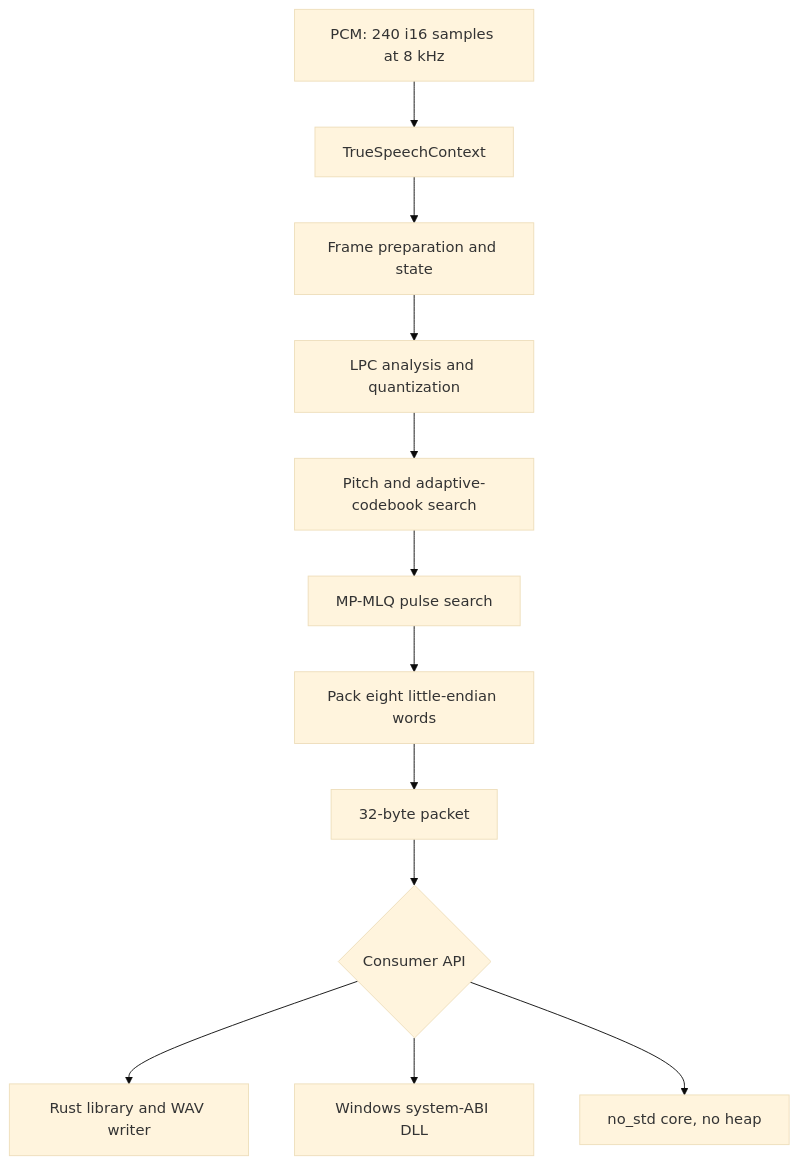
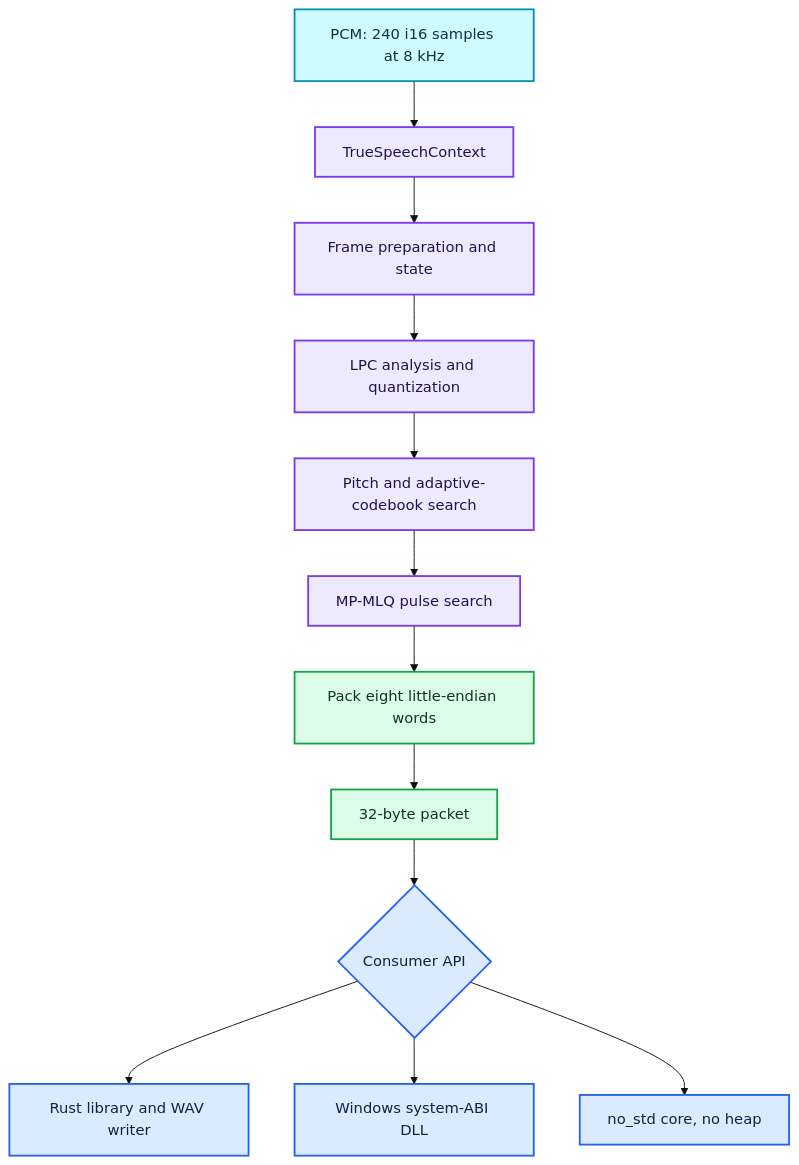
Before and after one commit to younsabood/truespeech: the diagram in docs/architecture.md, drawn with Mermaid (base theme). The commit also changed other lines of this file and 11 other files, not shown here.

````diff
--- a/docs/architecture.md
+++ b/docs/architecture.md
@@ -7,14 +16,23 @@
 ```mermaid
 flowchart TB
     PCM["PCM: 240 i16 samples at 8 kHz"] --> Context["TrueSpeechContext"]
     Context --> Prepare["Frame preparation and state"]
     Prepare --> LPC["LPC analysis and quantization"]
     LPC --> Pitch["Pitch and adaptive-codebook search"]
     Pitch --> Pulses["MP-MLQ pulse search"]
     Pulses --> Pack["Pack eight little-endian words"]
     Pack --> Packet["32-byte packet"]
     Packet --> API{"Consumer API"}
     API --> Rust["Rust library and WAV writer"]
     API --> DLL["Windows system-ABI DLL"]
     API --> Core["no_std core, no heap"]
+
+    classDef input fill:#cffafe,stroke:#0891b2,color:#083344,stroke-width:2px
+    classDef dsp fill:#ede9fe,stroke:#7c3aed,color:#24134a,stroke-width:2px
+    classDef packet fill:#dcfce7,stroke:#16a34a,color:#12351f,stroke-width:2px
+    classDef api fill:#dbeafe,stroke:#2563eb,color:#10233f,stroke-width:2px
+    class PCM input
+    class Context,Prepare,LPC,Pitch,Pulses dsp
+    class Pack,Packet packet
+    class API,Rust,DLL,Core api
 ```
````
